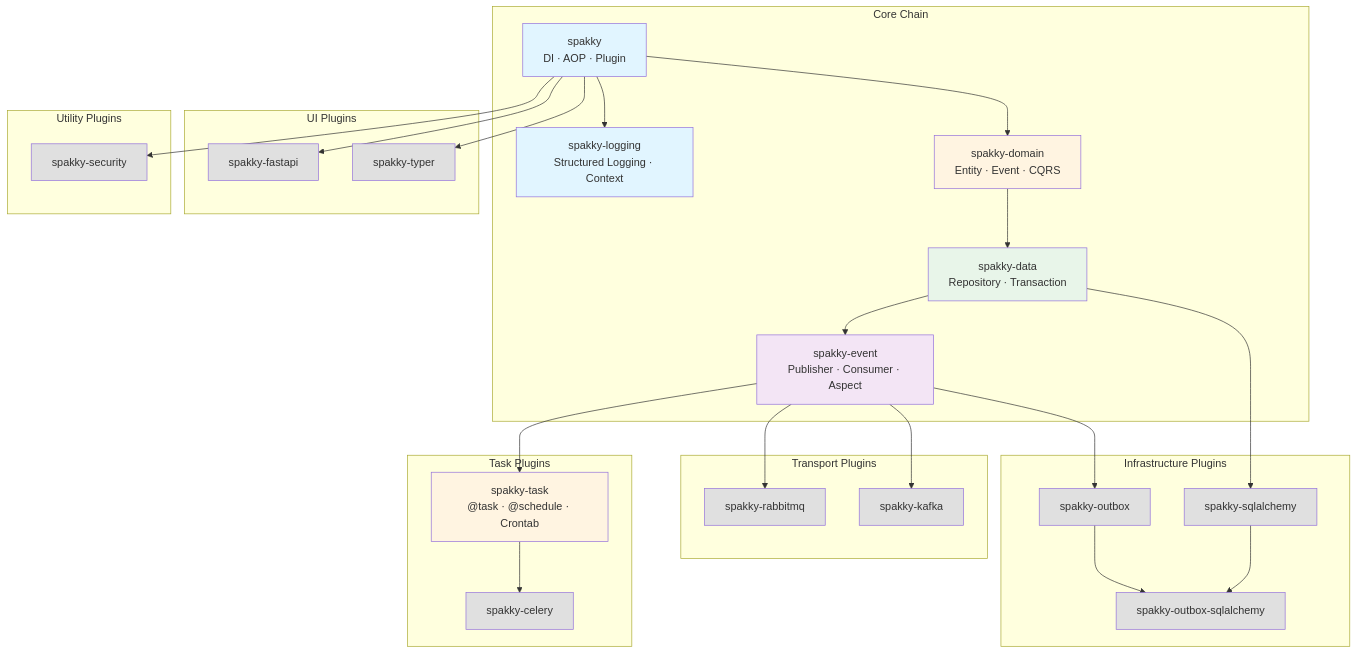
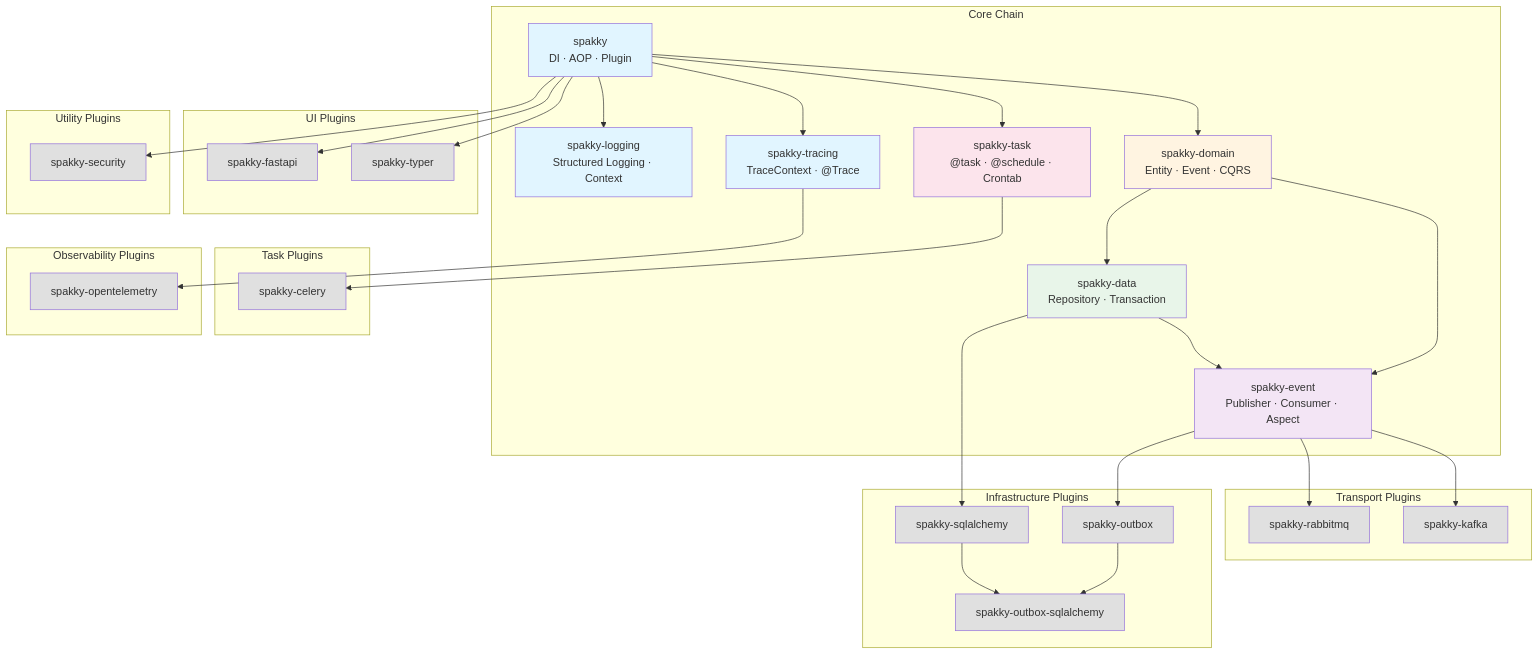
Before and after one commit to E5presso/spakky-framework: the first of 2 diagrams in ARCHITECTURE.md, drawn with Mermaid. The commit also changed other lines of this file and 4 other files, not shown here.

Commit message:
docs: update dependency graph, remove unused spakky-event dep from spakky-task, add ADR-0004 tracing architecture

````diff
--- a/ARCHITECTURE.md
+++ b/ARCHITECTURE.md
@@ -51,71 +53,82 @@
 ```mermaid
 graph TB
     subgraph "Core Chain"
         core[spakky<br/>DI · AOP · Plugin]
         logging_pkg[spakky-logging<br/>Structured Logging · Context]
+        tracing_pkg[spakky-tracing<br/>TraceContext · @Trace]
         domain[spakky-domain<br/>Entity · Event · CQRS]
         data[spakky-data<br/>Repository · Transaction]
         event[spakky-event<br/>Publisher · Consumer · Aspect]
+        task_pkg["spakky-task<br/>@task · @schedule · Crontab"]
     end
 
     subgraph "UI Plugins"
         fastapi[spakky-fastapi]
         typer[spakky-typer]
     end
 
     subgraph "Utility Plugins"
         security[spakky-security]
     end
 
     subgraph "Transport Plugins"
         rabbitmq[spakky-rabbitmq]
         kafka[spakky-kafka]
     end
 
     subgraph "Infrastructure Plugins"
         sqlalchemy[spakky-sqlalchemy]
         outbox[spakky-outbox]
         outbox_sa[spakky-outbox-sqlalchemy]
     end
 
     subgraph "Task Plugins"
-        task_pkg["spakky-task<br/>@task · @schedule · Crontab"]
         celery_plugin[spakky-celery]
     end
 
+    subgraph "Observability Plugins"
+        opentelemetry[spakky-opentelemetry]
+    end
+
     core --> logging_pkg
+    core --> tracing_pkg
     core --> domain
     domain --> data
+    domain --> event
     data --> event
-    event --> task_pkg
+    core --> task_pkg
 
     core --> fastapi
     core --> typer
     core --> security
 
     event --> rabbitmq
     event --> kafka
     event --> outbox
 
     task_pkg --> celery_plugin
 
+    tracing_pkg --> opentelemetry
+
     data --> sqlalchemy
     outbox --> outbox_sa
     sqlalchemy --> outbox_sa
 
     style core fill:#e1f5ff
     style logging_pkg fill:#e1f5ff
     style domain fill:#fff4e1
     style data fill:#e8f5e9
     style event fill:#f3e5f5
+    style task_pkg fill:#fce4ec
     style fastapi fill:#e0e0e0
     style typer fill:#e0e0e0
     style security fill:#e0e0e0
     style rabbitmq fill:#e0e0e0
     style kafka fill:#e0e0e0
     style sqlalchemy fill:#e0e0e0
     style outbox fill:#e0e0e0
     style outbox_sa fill:#e0e0e0
-    style task_pkg fill:#fff4e1
+    style tracing_pkg fill:#e1f5ff
     style celery_plugin fill:#e0e0e0
+    style opentelemetry fill:#e0e0e0
 ```
````
